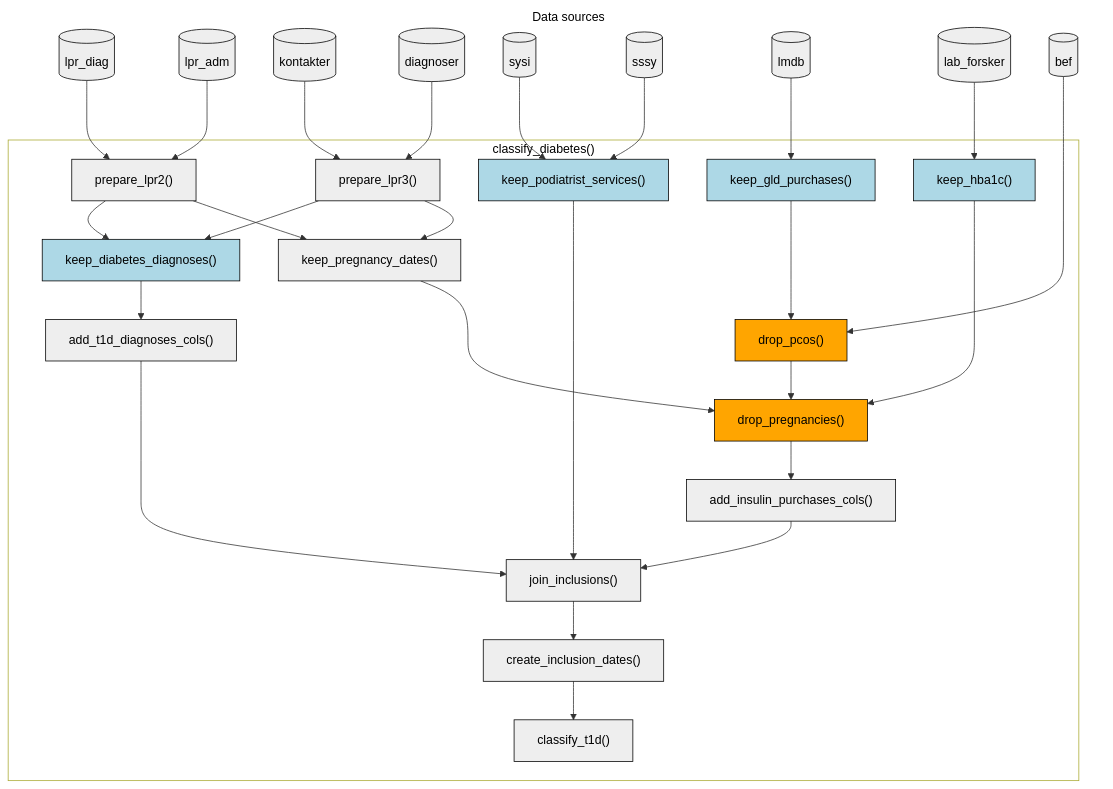
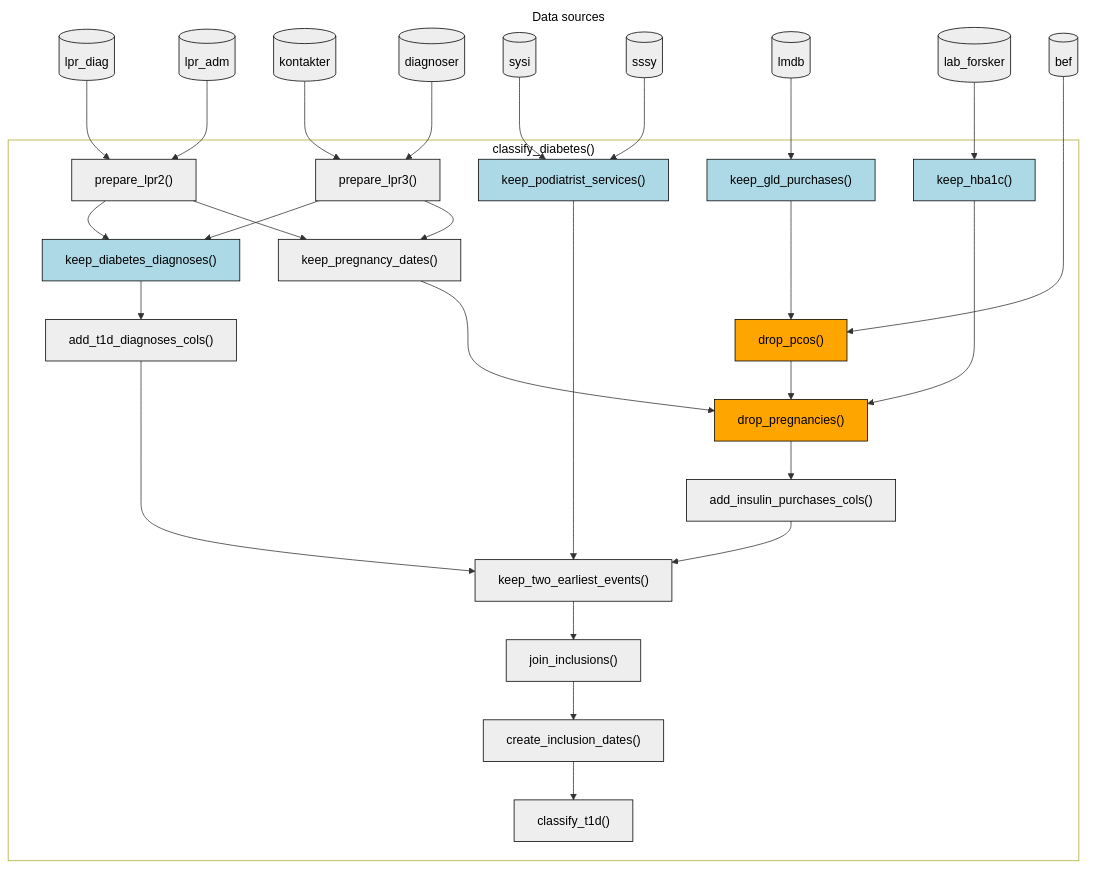
The diagram in vignettes/function-flow.qmd (steno-aarhus/osdc), drawn with Mermaid before and after one commit. The commit also changed other lines of this file and 6 other files, not shown here.

First line of the commit message:
refactor: ♻️ add separate `keep_two_earliest_events()` function (#369)

````diff
--- a/vignettes/function-flow.qmd
+++ b/vignettes/function-flow.qmd
@@ -23,68 +23,69 @@
 ```{mermaid}
 %%| eval: true
 %%| fig-cap: "Flow of functions in, as well as their required input registers, in the `classify_diabetes()` function used for classifying diabetes status using the osdc package. Light blue and orange boxes represent filtering functions (`keep_*` and `drop_*`, respectively)."
 
 flowchart TD
   subgraph data_sources["Data sources"]
     lpr_diag[("lpr_diag")]
     lpr_adm[("lpr_adm")]
     kontakter[("kontakter")]
     diagnoser[("diagnoser")]
     sysi[("sysi")]
     sssy[("sssy")]
     lmdb[("lmdb")]
     lab_forsker[("lab_forsker")]
     bef[("bef")]
   end
 
   subgraph classify_diabetes["classify_diabetes()"]
 
     lpr_diag --> prepare_lpr2["prepare_lpr2()"]
     lpr_adm --> prepare_lpr2
 
     kontakter --> prepare_lpr3["prepare_lpr3()"]
     diagnoser --> prepare_lpr3
 
     prepare_lpr2 --> keep_pregnancy_dates["keep_pregnancy_dates()"]
     prepare_lpr3 --> keep_pregnancy_dates
 
     %% Keep
     sysi --> keep_podiatrist_services["keep_podiatrist_services()"]:::keep
     sssy --> keep_podiatrist_services
 
     prepare_lpr2 --> keep_diabetes_diagnoses["keep_diabetes_diagnoses()"]:::keep
     prepare_lpr3 --> keep_diabetes_diagnoses
     keep_diabetes_diagnoses --> add_t1d_diagnoses_cols["add_t1d_diagnoses_cols()"]
 
     lmdb --> keep_gld_purchases["keep_gld_purchases()"]:::keep
 
     lab_forsker --> keep_hba1c["keep_hba1c()"]:::keep
 
     %% Drop
     keep_gld_purchases --> drop_pcos["drop_pcos()"]:::drop
     bef --> drop_pcos
 
     drop_pcos --> drop_pregnancies["drop_pregnancies()"]:::drop
     keep_pregnancy_dates --> drop_pregnancies
     keep_hba1c --> drop_pregnancies
     drop_pregnancies --> add_insulin_purchases_cols["add_insulin_purchases_cols()"]
 
     %% Join and classify
-    add_t1d_diagnoses_cols --> join_inclusions["join_inclusions()"]
-    keep_podiatrist_services --> join_inclusions
-    add_insulin_purchases_cols --> join_inclusions
+    add_t1d_diagnoses_cols --> keep_two_earliest_events["keep_two_earliest_events()"]
+    keep_podiatrist_services --> keep_two_earliest_events
+    add_insulin_purchases_cols --> keep_two_earliest_events
 
+    keep_two_earliest_events --> join_inclusions["join_inclusions()"]
     join_inclusions --> create_inclusion_dates["create_inclusion_dates()"]
     create_inclusion_dates --> classify_t1d["classify_t1d()"]
 
     keep_pregnancy_dates ~~~ drop_pcos
 
   end
 
   %% Styling
   classDef default fill:#EEEEEE, color:#000000, stroke:#000000
   classDef keep fill:lightblue
   classDef drop fill:orange
   style classify_diabetes fill:#FFFFFF, color:#000000
   style data_sources fill:#FFFFFF, color:#000000, stroke-width:0px
 ```
````
